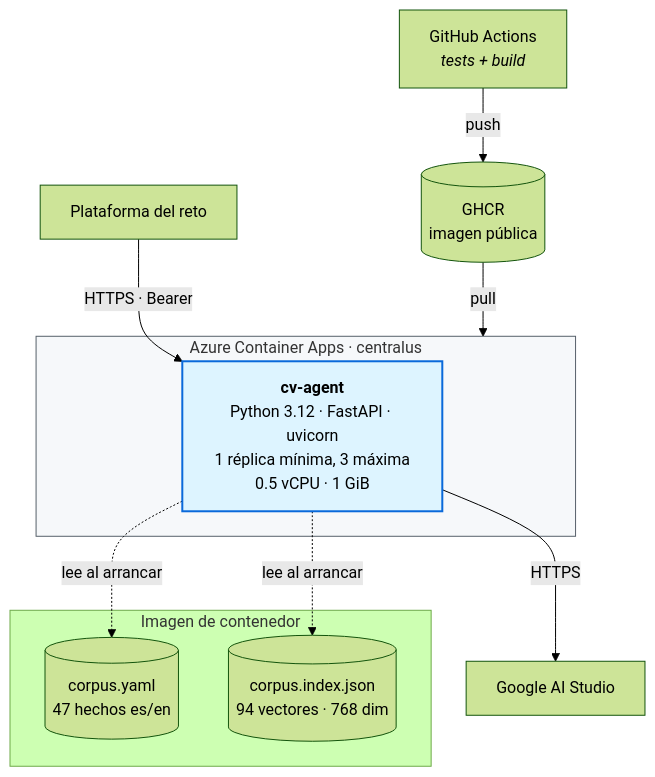
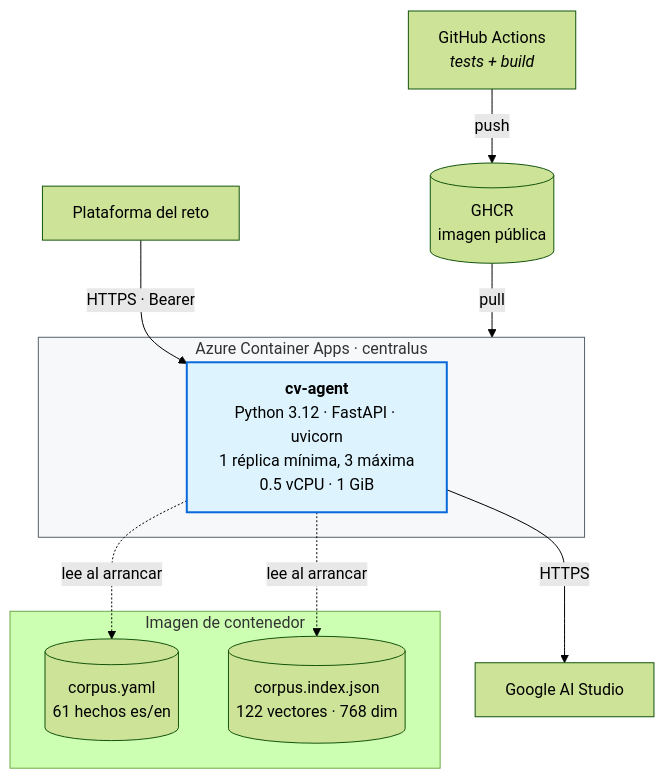
One commit to alejandrorau04/banorte-cv-agent changed the second of 6 diagrams in docs/ARQUITECTURA.md. Above: the diagram before and after it, drawn with Mermaid (forest theme). The commit also changed other lines of this file and 17 other files, not shown here.

````diff
--- a/docs/ARQUITECTURA.md
+++ b/docs/ARQUITECTURA.md
@@ -38,27 +38,27 @@
 ```mermaid
 flowchart TB
     P["Plataforma del reto"]
 
     subgraph AZ["Azure Container Apps · centralus"]
       API["<b>cv-agent</b><br/>Python 3.12 · FastAPI · uvicorn<br/>1 réplica mínima, 3 máxima<br/>0.5 vCPU · 1 GiB"]
     end
 
     subgraph IM["Imagen de contenedor"]
-      C[("corpus.yaml<br/>47 hechos es/en")]
-      IX[("corpus.index.json<br/>94 vectores · 768 dim")]
+      C[("corpus.yaml<br/>61 hechos es/en")]
+      IX[("corpus.index.json<br/>122 vectores · 768 dim")]
     end
 
     GH["GitHub Actions<br/><i>tests + build</i>"]
     GHCR[("GHCR<br/>imagen pública")]
     G["Google AI Studio"]
 
     P -->|"HTTPS · Bearer"| API
     API -.->|"lee al arrancar"| C
     API -.->|"lee al arrancar"| IX
     API -->|"HTTPS"| G
     GH -->|"push"| GHCR
     GHCR -->|"pull"| AZ
 
     style API fill:#ddf4ff,stroke:#0969da,stroke-width:2px
     style AZ fill:#f6f8fa,stroke:#57606a
 ```
````
